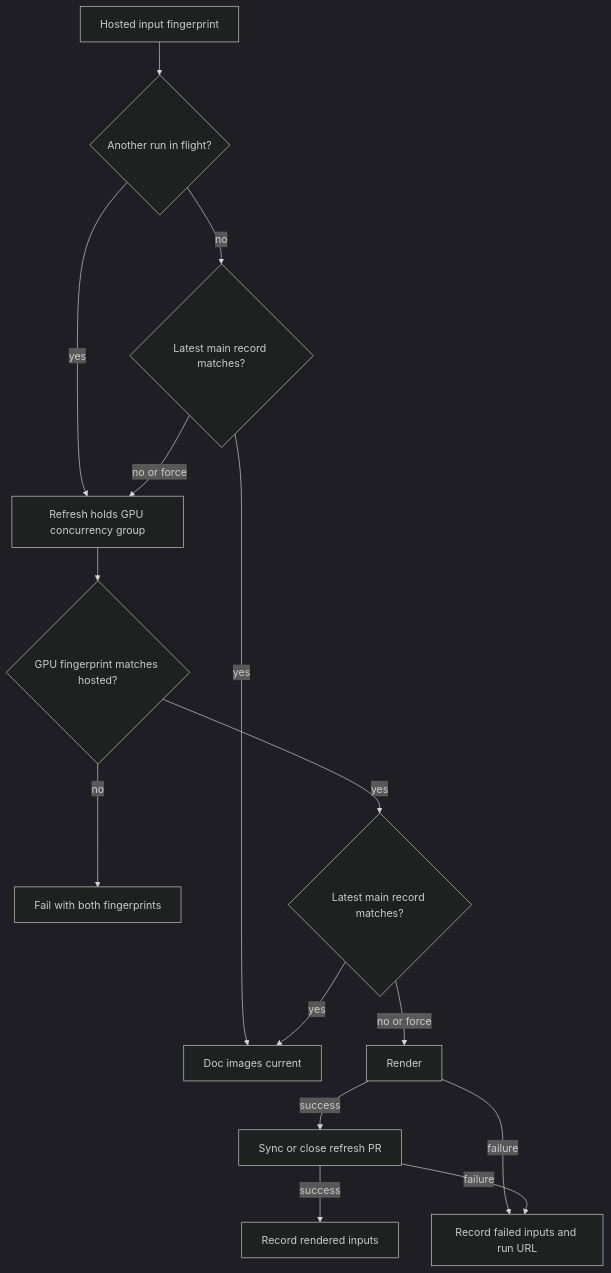
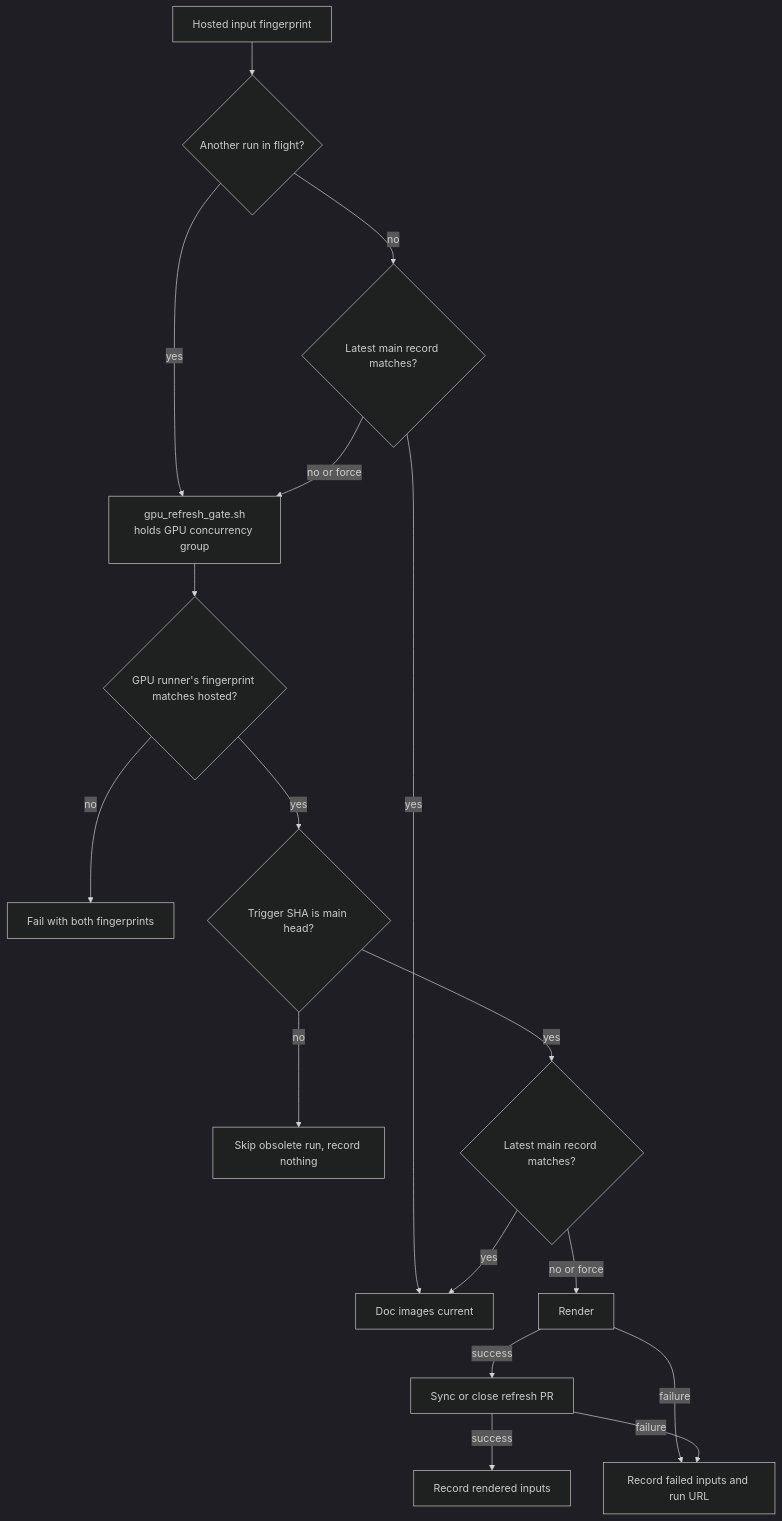
The first of 3 diagrams in docs/tools/Render-Harness.md (jose-villegas/autana), drawn with Mermaid (dark theme) before and after one commit. The commit also changed other lines of this file and 7 other files, not shown here.

Commit message:
ci: skip obsolete GPU refresh runs

````diff
--- a/docs/tools/Render-Harness.md
+++ b/docs/tools/Render-Harness.md
@@ -169,17 +168,19 @@
 ```mermaid
 flowchart TD
     Fingerprint["Hosted input fingerprint"] --> Flight{"Another run in flight?"}
     Flight -->|yes| Refresh
     Flight -->|no| Latest{"Latest main record matches?"}
     Latest -->|yes| Skip["Doc images current"]
-    Latest -->|no or force| Refresh["Refresh holds GPU concurrency group"]
-    Refresh --> Check{"GPU fingerprint matches hosted?"}
+    Latest -->|no or force| Refresh["gpu_refresh_gate.sh<br/>holds GPU concurrency group"]
+    Refresh --> Check{"GPU runner's fingerprint matches hosted?"}
     Check -->|no| Error["Fail with both fingerprints"]
-    Check -->|yes| Again{"Latest main record matches?"}
+    Check -->|yes| Head{"Trigger SHA is main head?"}
+    Head -->|no| Obsolete["Skip obsolete run, record nothing"]
+    Head -->|yes| Again{"Latest main record matches?"}
     Again -->|yes| Skip
     Again -->|no or force| Render["Render"]
     Render -->|success| Publish["Sync or close refresh PR"]
     Publish -->|success| Recorded["Record rendered inputs"]
     Render -->|failure| Failed["Record failed inputs and run URL"]
     Publish -->|failure| Failed
 ```
````
